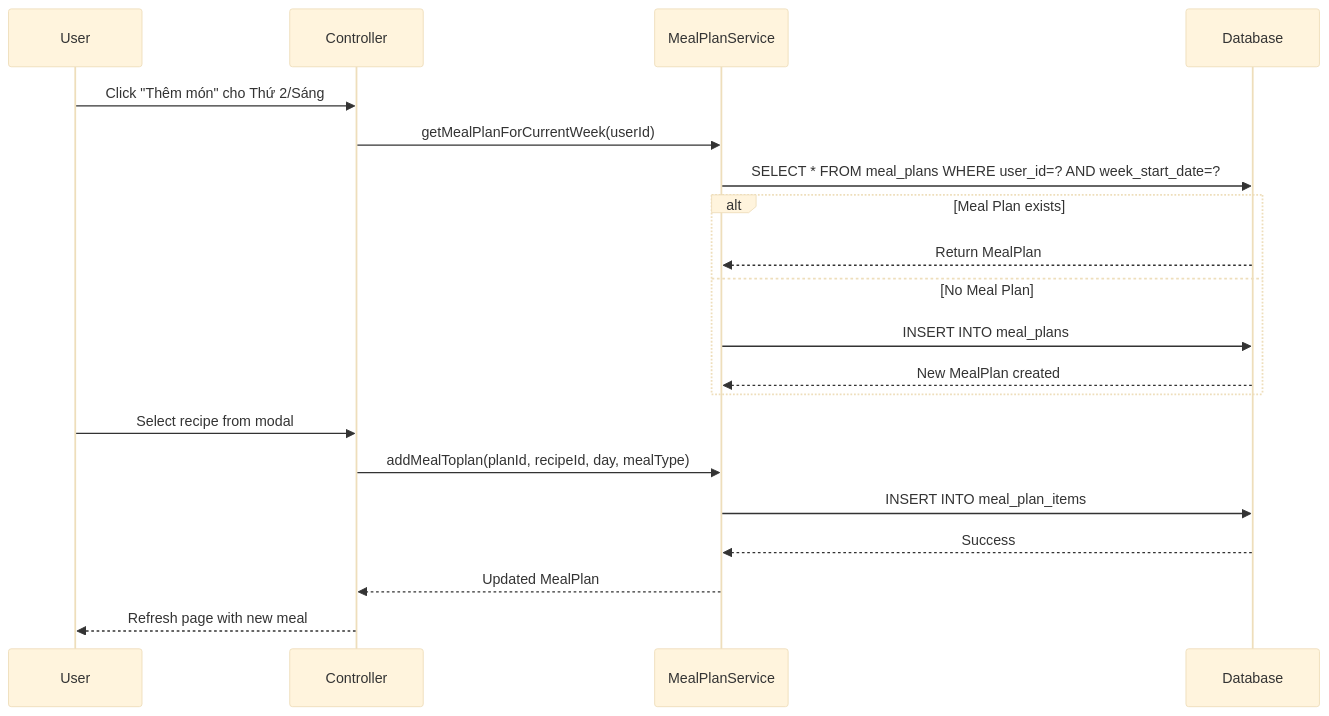
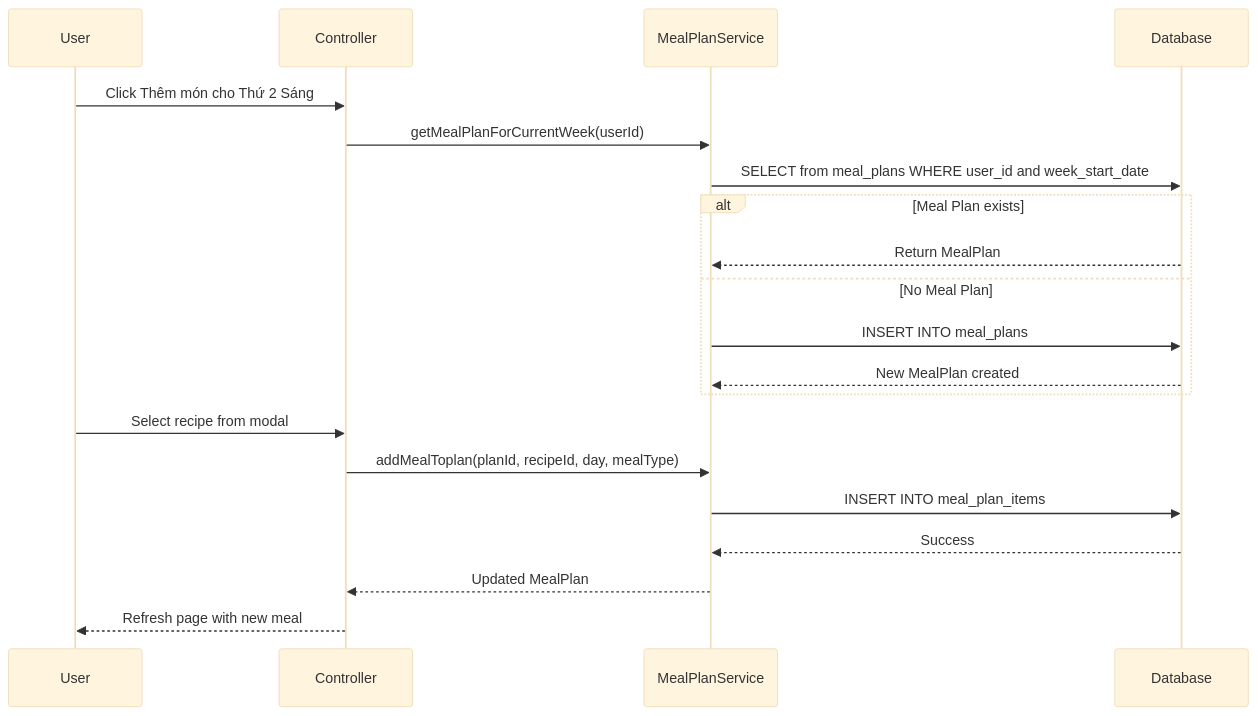
Before and after one commit to tsgbao140904/SE_Project_1: the third of 8 diagrams in docs/SYSTEM-ANALYSIS.md, drawn with Mermaid (base theme). The commit also changed other lines of this file, not shown here.

````diff
--- a/docs/SYSTEM-ANALYSIS.md
+++ b/docs/SYSTEM-ANALYSIS.md
@@ -271,24 +271,24 @@
 ```mermaid
 sequenceDiagram
     participant U as User
     participant C as Controller
     participant S as MealPlanService
     participant DB as Database
 
-    U->>C: Click "Thêm món" cho Thứ 2/Sáng
+    U->>C: Click Thêm món cho Thứ 2 Sáng
     C->>S: getMealPlanForCurrentWeek(userId)
-    S->>DB: SELECT * FROM meal_plans WHERE user_id=? AND week_start_date=?
+    S->>DB: SELECT from meal_plans WHERE user_id and week_start_date
     alt Meal Plan exists
         DB-->>S: Return MealPlan
     else No Meal Plan
         S->>DB: INSERT INTO meal_plans
         DB-->>S: New MealPlan created
     end
     
     U->>C: Select recipe from modal
     C->>S: addMealToplan(planId, recipeId, day, mealType)
     S->>DB: INSERT INTO meal_plan_items
     DB-->>S: Success
     S-->>C: Updated MealPlan
     C-->>U: Refresh page with new meal
 ```
````
